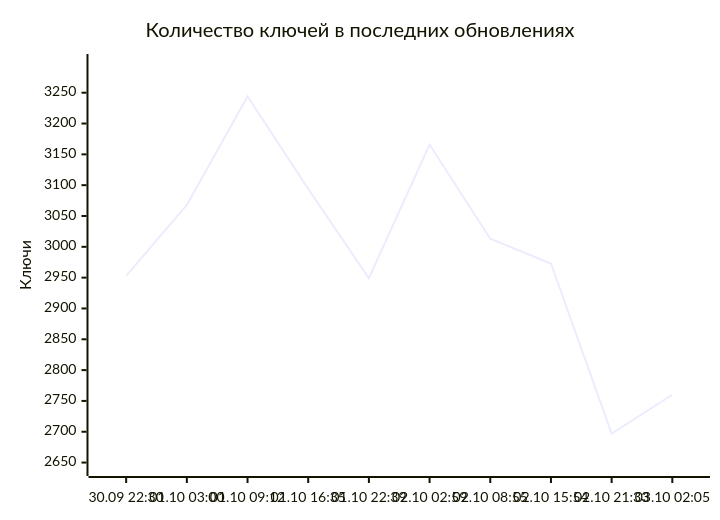
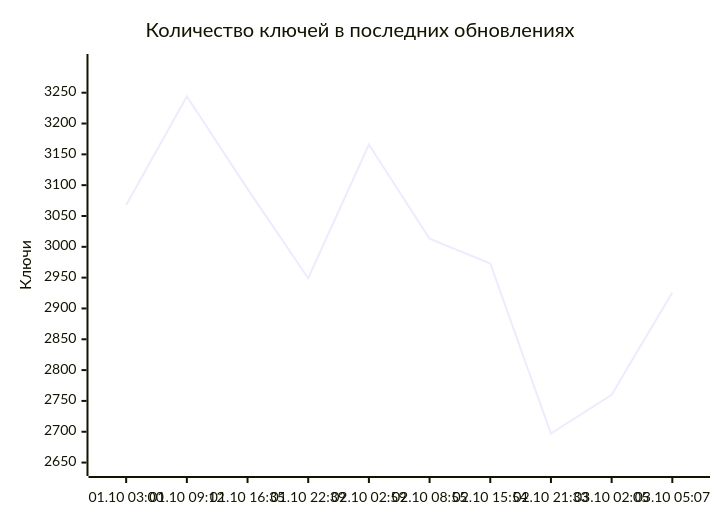
The diagram in README.md (markKikhtenko/WireVeil), drawn with Mermaid before and after one commit. The commit also changed other lines of this file and 12 other files, not shown here.

````diff
--- a/README.md
+++ b/README.md
@@ -55,7 +55,7 @@
 ```mermaid
 xychart-beta
     title "Количество ключей в последних обновлениях"
-    x-axis ["30.09 22:30", "01.10 03:00", "01.10 09:12", "01.10 16:35", "01.10 22:39", "02.10 02:59", "02.10 08:55", "02.10 15:54", "02.10 21:33", "03.10 02:05"]
+    x-axis ["01.10 03:00", "01.10 09:12", "01.10 16:35", "01.10 22:39", "02.10 02:59", "02.10 08:55", "02.10 15:54", "02.10 21:33", "03.10 02:05", "03.10 05:07"]
     y-axis "Ключи" 2642 --> 3299
-    line [2953, 3068, 3244, 3094, 2949, 3166, 3013, 2973, 2697, 2760]
+    line [3068, 3244, 3094, 2949, 3166, 3013, 2973, 2697, 2760, 2926]
 ```
````
